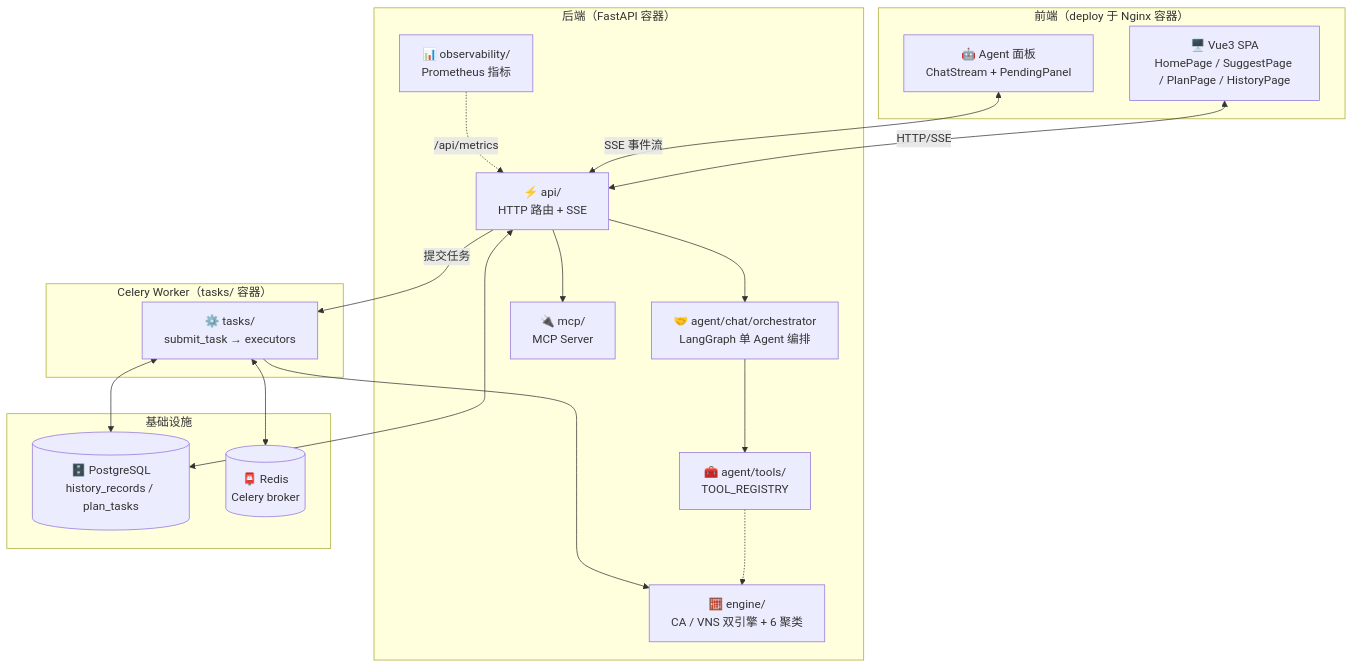
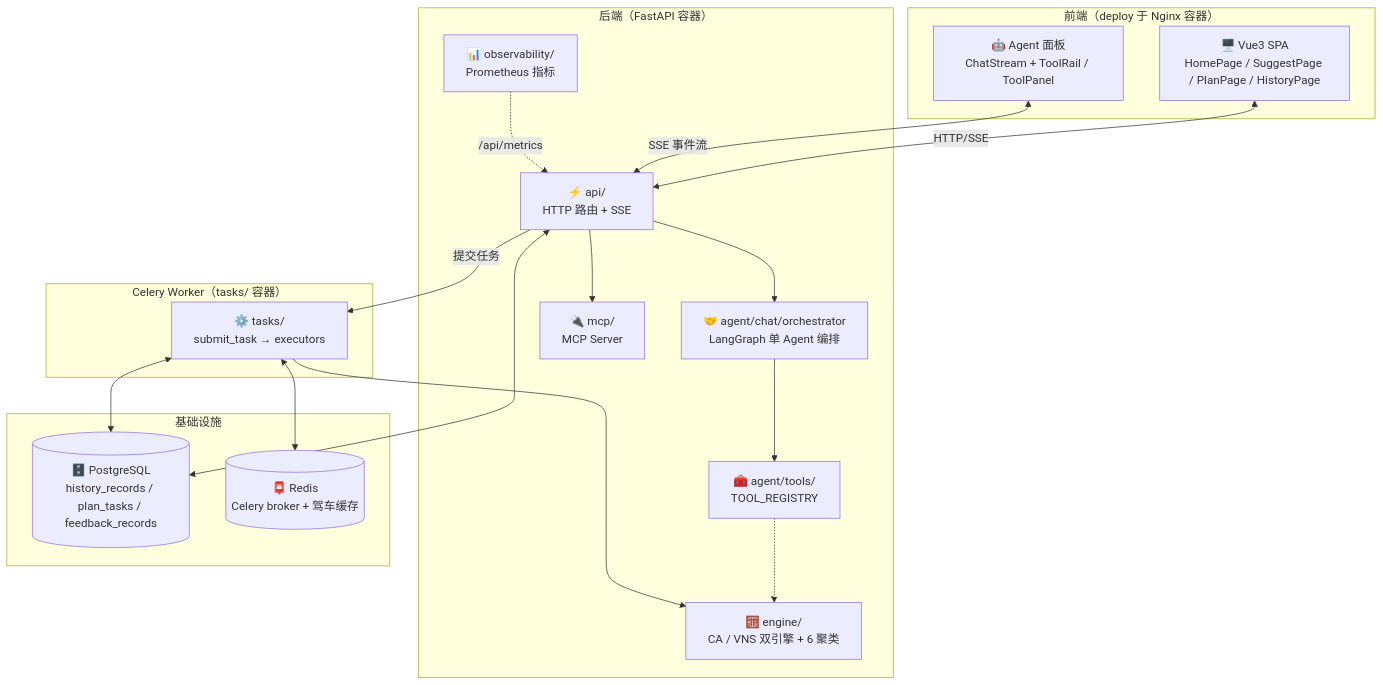
The second of 2 diagrams in ARCHITECTURE.md (xiaojiune/TravelPal), drawn with Mermaid before and after one commit. The commit also changed other lines of this file and 5 other files, not shown here.

Commit message:
docs: 文档体系修订——index.rst 首页加文档状态注解，ARCHITECTURE 精简为纯 C4 图（导航职责移交 index.rst），README 标题区入口统一成组

````diff
--- a/ARCHITECTURE.md
+++ b/ARCHITECTURE.md
@@ -53,38 +36,38 @@
 ```mermaid
 flowchart TB
   subgraph Client["前端（deploy 于 Nginx 容器）"]
     SPA["🖥️ Vue3 SPA<br/>HomePage / SuggestPage / PlanPage / HistoryPage"]
-    AgentPanel["🤖 Agent 面板<br/>ChatStream + PendingPanel"]
+    AgentPanel["🤖 Agent 面板<br/>ChatStream + ToolRail / ToolPanel"]
   end
 
   subgraph Server["后端（FastAPI 容器）"]
     API["⚡ api/ <br/>HTTP 路由 + SSE"]
     ORCH["🤝 agent/chat/orchestrator<br/>LangGraph 单 Agent 编排"]
     TOOLS["🧰 agent/tools/<br/>TOOL_REGISTRY"]
     ENGINE["🧮 engine/<br/>CA / VNS 双引擎 + 6 聚类"]
     MCP["🔌 mcp/ <br/>MCP Server"]
     OBS["📊 observability/<br/>Prometheus 指标"]
   end
 
   subgraph Worker["Celery Worker（tasks/ 容器）"]
     TASK["⚙️ tasks/<br/>submit_task → executors"]
   end
 
   subgraph Infra["基础设施"]
-    PG[("🗄️ PostgreSQL<br/>history_records / plan_tasks")]
-    Redis[("📮 Redis<br/>Celery broker")]
+    PG[("🗄️ PostgreSQL<br/>history_records / plan_tasks / feedback_records")]
+    Redis[("📮 Redis<br/>Celery broker + 驾车缓存")]
   end
 
   SPA <-->|HTTP/SSE| API
   AgentPanel <-->|SSE 事件流| API
   API --> ORCH
   ORCH --> TOOLS
   API --> MCP
   TOOLS -.-> ENGINE
   API -->|提交任务| TASK
   TASK --> ENGINE
   TASK <--> PG
   TASK <--> Redis
   API <--> PG
   OBS -.->|/api/metrics| API
 ```
````
